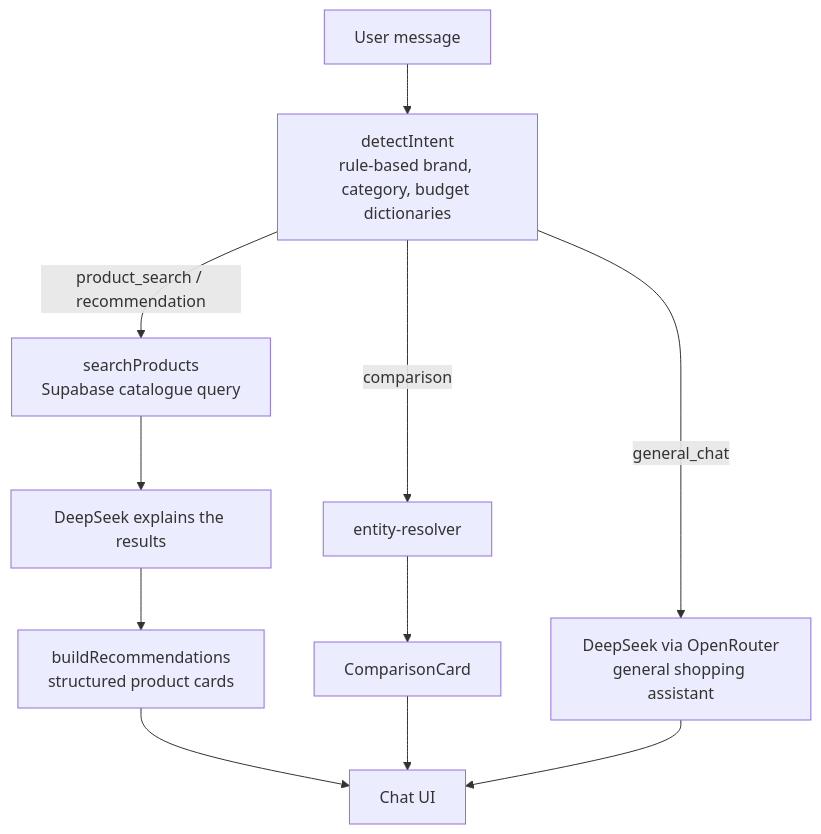
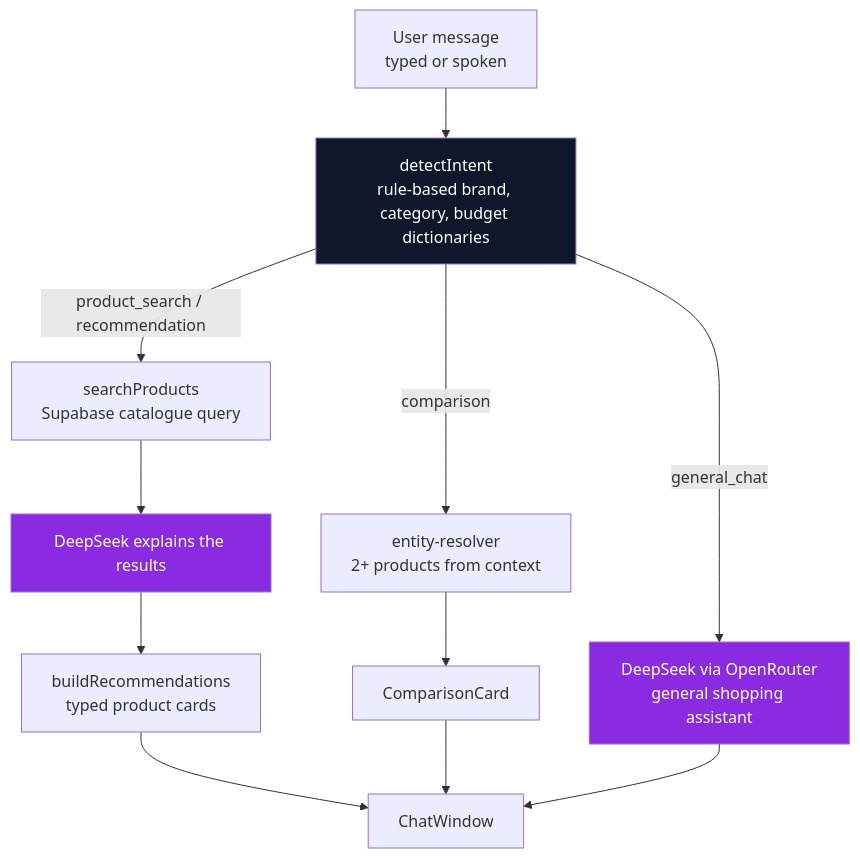
Before and after one commit to Crusty-chirayu/CartIQ: the fifth of 6 diagrams in README.md, drawn with Mermaid. The commit also changed other lines of this file, not shown here.

````diff
--- a/README.md
+++ b/README.md
@@ -85,13 +493,17 @@
 ```mermaid
 flowchart TD
-    Msg["User message"] --> Intent["detectIntent<br/>rule-based brand, category, budget dictionaries"]
+    Msg["User message<br/>typed or spoken"] --> Intent["detectIntent<br/>rule-based brand, category, budget dictionaries"]
     Intent -->|product_search / recommendation| Search["searchProducts<br/>Supabase catalogue query"]
+    Intent -->|comparison| Resolve["entity-resolver<br/>2+ products from context"]
     Intent -->|general_chat| Chat["DeepSeek via OpenRouter<br/>general shopping assistant"]
-    Intent -->|comparison| Resolve["entity-resolver"]
     Search --> Explain["DeepSeek explains the results"]
-    Explain --> Cards["buildRecommendations<br/>structured product cards"]
+    Explain --> Cards["buildRecommendations<br/>typed product cards"]
     Resolve --> Compare["ComparisonCard"]
-    Cards --> UI["Chat UI"]
+    Cards --> UI["ChatWindow"]
     Compare --> UI
     Chat --> UI
+
+    style Intent fill:#0F172A,color:#fff
+    style Explain fill:#8A2BE2,color:#fff
+    style Chat fill:#8A2BE2,color:#fff
 ```
````
